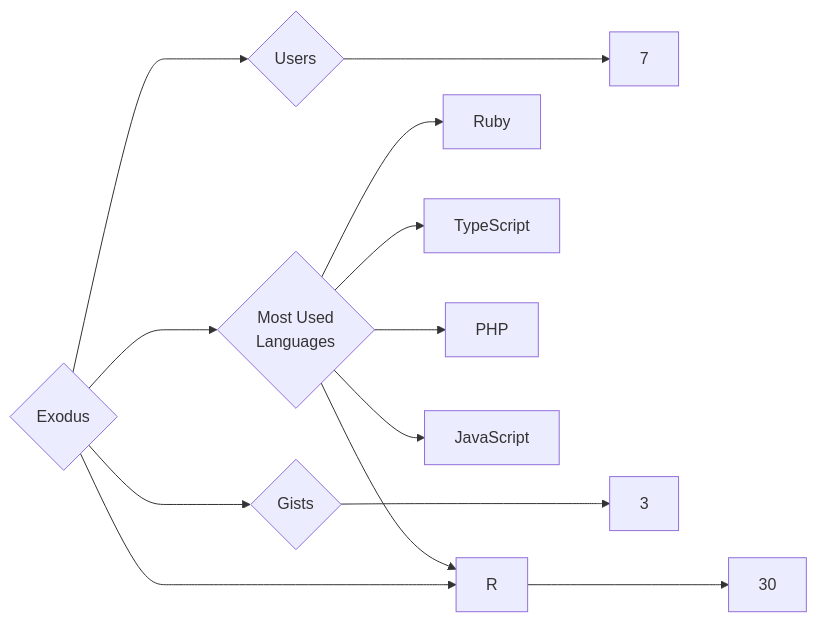
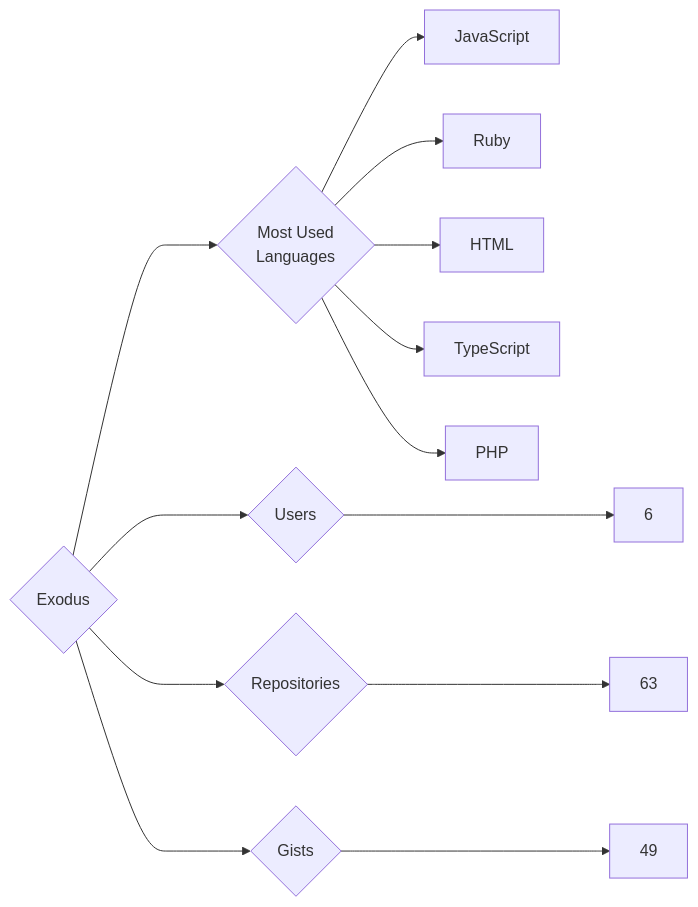
The diagram in targets/Exodus/README.md (trickest/insiders), drawn with Mermaid before and after one commit. The commit also changed 927 other files, not shown here.

````diff
--- a/targets/Exodus/README.md
+++ b/targets/Exodus/README.md
@@ -3,13 +3,13 @@
 ```mermaid
 graph LR
 COMPANY_NAME{Exodus}
-COMPANY_NAME ---> U{Users} ---> UN[7]
-COMPANY_NAME ---> R{Repositories} ---> RN[30]
-COMPANY_NAME ---> G{Gists} ---> GN[3]
+COMPANY_NAME ---> U{Users} ---> UN[6]
+COMPANY_NAME ---> R{Repositories} ---> RN[63]
+COMPANY_NAME ---> G{Gists} ---> GN[49]
 COMPANY_NAME ---> ML{Most Used<br>Languages}
+ML --> JavaScript[JavaScript]
 ML --> Ruby[Ruby]
+ML --> HTML[HTML]
 ML --> TypeScript[TypeScript]
 ML --> PHP[PHP]
-ML --> JavaScript[JavaScript]
-ML --> R[R]
 ```
````
